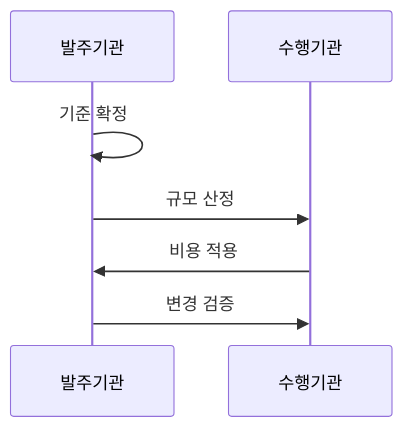
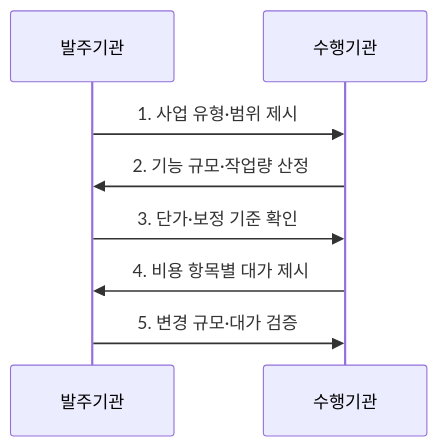
Before and after one commit to agnusdei1207/knowledge-base: the second of 2 diagrams in src/content/docs/notes/07-law-policy/018_sw_cost_estimation.md, drawn with Mermaid. The commit also changed other lines of this file and 9 other files, not shown here.

````diff
--- a/src/content/docs/notes/07-law-policy/018_sw_cost_estimation.md
+++ b/src/content/docs/notes/07-law-policy/018_sw_cost_estimation.md
@@ -67,9 +77,10 @@
 ```mermaid
 sequenceDiagram
     participant 발주기관
     participant 수행기관
-    발주기관->>발주기관: 기준 확정
-    발주기관->>수행기관: 규모 산정
-    수행기관->>발주기관: 비용 적용
-    발주기관->>수행기관: 변경 검증
+    발주기관->>수행기관: 1. 사업 유형·범위 제시
+    수행기관->>발주기관: 2. 기능 규모·작업량 산정
+    발주기관->>수행기관: 3. 단가·보정 기준 확인
+    수행기관->>발주기관: 4. 비용 항목별 대가 제시
+    발주기관->>수행기관: 5. 변경 규모·대가 검증
 ```
````
